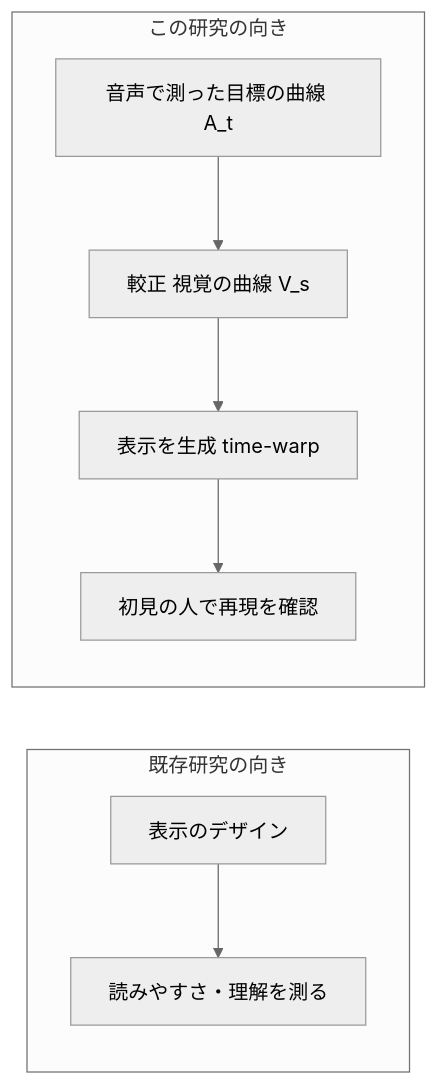
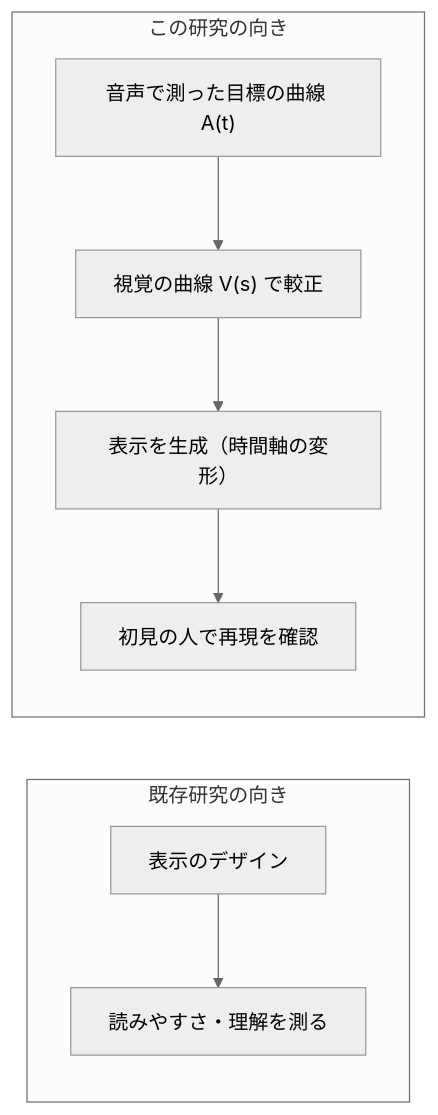
One commit to g19922ma/iFont changed the first of 4 diagrams in project/実験計画書_転写検証.md. Above: the diagram before and after it, drawn with Mermaid (neutral theme).

Commit message:
図1の記号表記を本文と統一(A(t)/V(s))

````diff
--- a/project/実験計画書_転写検証.md
+++ b/project/実験計画書_転写検証.md
@@ -31,9 +31,9 @@
 ```mermaid
 flowchart LR
   subgraph 既存研究の向き
     a1[表示のデザイン] --> a2[読みやすさ・理解を測る]
   end
   subgraph この研究の向き
-    b1[音声で測った目標の曲線 A_t] --> b2[較正 視覚の曲線 V_s] --> b3[表示を生成 time-warp] --> b4[初見の人で再現を確認]
+    b1["音声で測った目標の曲線 A(t)"] --> b2["視覚の曲線 V(s) で較正"] --> b3["表示を生成（時間軸の変形）"] --> b4["初見の人で再現を確認"]
   end
 ```
````
